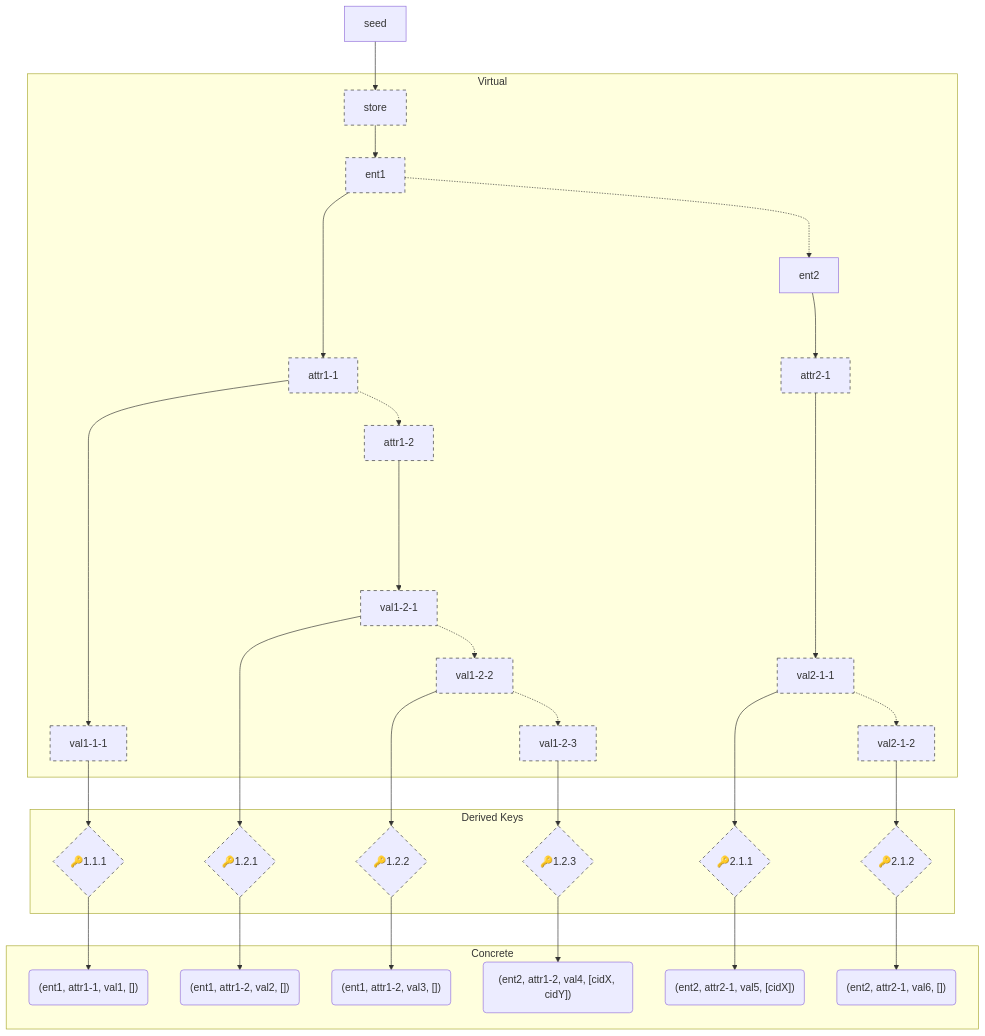
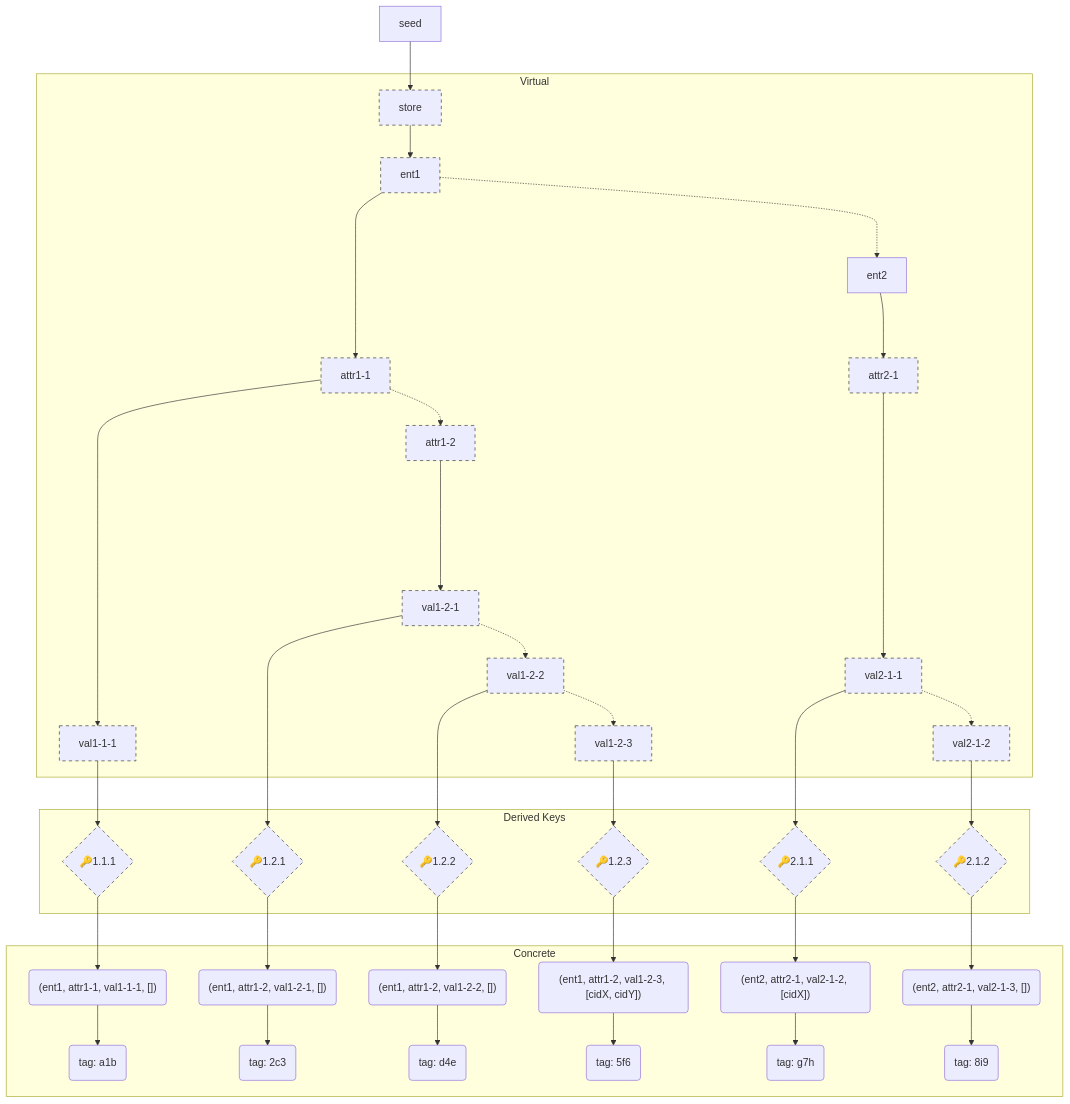
Before and after one commit to RhizomeDB/cryptable: the third of 3 diagrams in README.md, drawn with Mermaid. The commit also changed other lines of this file, not shown here.

Commit message:
Ner reference

````diff
--- a/README.md
+++ b/README.md
@@ -187,49 +193,49 @@
 ``` mermaid
 flowchart TD
     classDef virtual stroke:#333,stroke-dasharray: 5 5;
 
     seed --> store:::virtual
 
     subgraph Virtual
         store --> ent1:::virtual
         ent1 -..-> ent2
         ent1 ~~~ attr1-1:::virtual
         ent1 ----> attr1-1
         ent2 --> attr2-1:::virtual
         ent2 ~~~~ attr1-1
         attr1-1 -.-> attr1-2:::virtual
 
         val1-1-1:::virtual
         val1-2-1:::virtual
         val1-2-2:::virtual
         val1-2-3:::virtual
         val2-1-1:::virtual
         val2-1-2:::virtual
     end
     
     subgraph Keys ["Derived Keys"]
         key1:::virtual
         key2:::virtual
         key3:::virtual
         key4:::virtual
         key5:::virtual
         key6:::virtual
     end
 
     attr1-1 --> val1-1-1 --> key1{"🔑1.1.1"} --> val1
     attr1-2 -----> val1-2-1 --> key2{"🔑1.2.1"} --> val2
     val1-2-1 -.-> val1-2-2 --> key3{"🔑1.2.2"} --> val3
     val1-2-2 -.-> val1-2-3 --> key4{"🔑1.2.3"} --> val4
 
     attr2-1 -------> val2-1-1 --> key5{"🔑2.1.1"} --> val5
     val2-1-1 -.-> val2-1-2 --> key6{"🔑2.1.2"} --> val6
 
     subgraph Concrete
-        val1("(ent1, attr1-1, val1, [])")
-        val2("(ent1, attr1-2, val2, [])")
-        val3("(ent1, attr1-2, val3, [])")
-        val4("(ent2, attr1-2, val4, [cidX, cidY])")
-        val5("(ent2, attr2-1, val5, [cidX])")
-        val6("(ent2, attr2-1, val6, [])")
+        val1("(ent1, attr1-1, val1-1-1, [])") --> tag1(tag: a1b)
+        val2("(ent1, attr1-2, val1-2-1, [])") --> tag2(tag: 2c3)
+        val3("(ent1, attr1-2, val1-2-2, [])") --> tag3(tag: d4e)
+        val4("(ent1, attr1-2, val1-2-3, [cidX, cidY])") --> tag4(tag: 5f6)
+        val5("(ent2, attr2-1, val2-1-2, [cidX])") --> tag5(tag: g7h)
+        val6("(ent2, attr2-1, val2-1-3, [])") --> tag6(tag: 8i9)
     end
 ```
````
